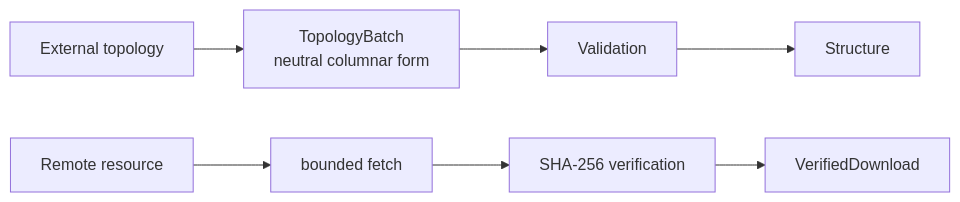
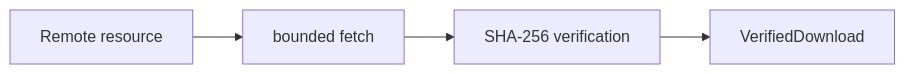
The diagram in crates/molframe-adapters/README.md (miguelcsx/molframe), drawn with Mermaid before and after one commit. The commit also changed other lines of this file and 49 other files, not shown here.

````diff
--- a/crates/molframe-adapters/README.md
+++ b/crates/molframe-adapters/README.md
@@ -7,10 +5,6 @@
 ```mermaid
 flowchart LR
-    External["External topology"] --> Batch["TopologyBatch<br/>neutral columnar form"]
-    Batch --> Validate["Validation"]
-    Validate --> Structure["Structure"]
-
     Remote["Remote resource"] --> Fetch["bounded fetch"]
     Fetch --> Hash["SHA-256 verification"]
     Hash --> Bytes["VerifiedDownload"]
 ```
````
